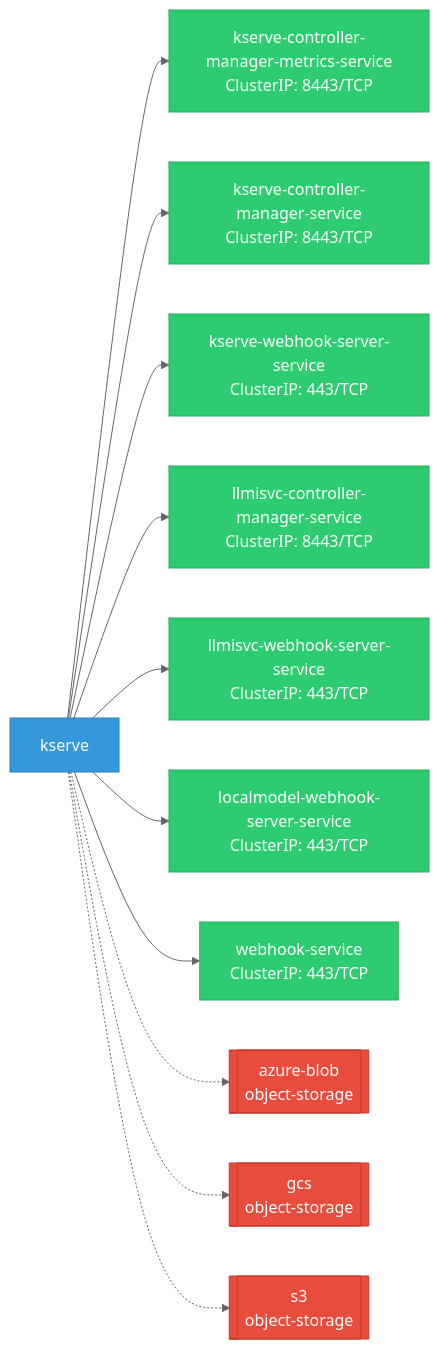
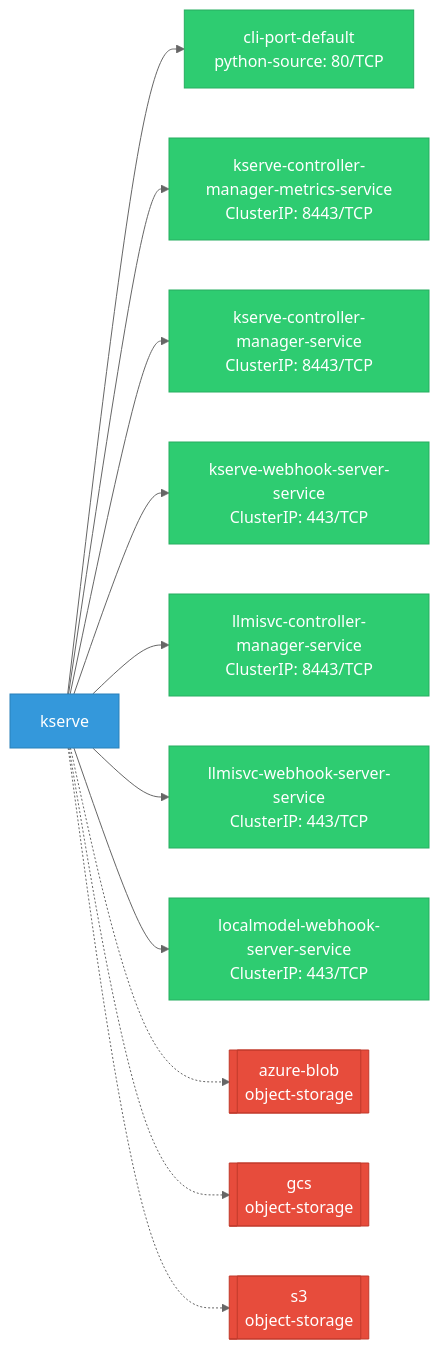
One commit to ugiordan/rhoai-architecture-analyzer changed the first of 2 diagrams in site/docs/use-cases/rhoai-platform/components/kserve/network.md. Above: the diagram before and after it, drawn with Mermaid (neutral theme). The commit also changed other lines of this file and 52 other files, not shown here.

````diff
--- a/site/docs/use-cases/rhoai-platform/components/kserve/network.md
+++ b/site/docs/use-cases/rhoai-platform/components/kserve/network.md
@@ -5,19 +5,19 @@
 ```mermaid
 graph LR
     classDef svc fill:#2ecc71,stroke:#27ae60,color:#fff
     classDef test fill:#95a5a6,stroke:#7f8c8d,color:#fff
     classDef component fill:#3498db,stroke:#2980b9,color:#fff
     classDef ext fill:#e74c3c,stroke:#c0392b,color:#fff
 
     kserve["kserve"]:::component
-    kserve --> svc_0["kserve-controller-manager-metrics-service\nClusterIP: 8443/TCP"]:::svc
-    kserve --> svc_1["kserve-controller-manager-service\nClusterIP: 8443/TCP"]:::svc
-    kserve --> svc_2["kserve-webhook-server-service\nClusterIP: 443/TCP"]:::svc
-    kserve --> svc_3["llmisvc-controller-manager-service\nClusterIP: 8443/TCP"]:::svc
-    kserve --> svc_4["llmisvc-webhook-server-service\nClusterIP: 443/TCP"]:::svc
-    kserve --> svc_5["localmodel-webhook-server-service\nClusterIP: 443/TCP"]:::svc
-    kserve --> svc_6["webhook-service\nClusterIP: 443/TCP"]:::svc
+    kserve --> svc_0["cli-port-default\npython-source: 80/TCP"]:::svc
+    kserve --> svc_1["kserve-controller-manager-metrics-service\nClusterIP: 8443/TCP"]:::svc
+    kserve --> svc_2["kserve-controller-manager-service\nClusterIP: 8443/TCP"]:::svc
+    kserve --> svc_3["kserve-webhook-server-service\nClusterIP: 443/TCP"]:::svc
+    kserve --> svc_4["llmisvc-controller-manager-service\nClusterIP: 8443/TCP"]:::svc
+    kserve --> svc_5["llmisvc-webhook-server-service\nClusterIP: 443/TCP"]:::svc
+    kserve --> svc_6["localmodel-webhook-server-service\nClusterIP: 443/TCP"]:::svc
     kserve -.-> ext_azure_blob[["azure-blob\nobject-storage"]]:::ext
     kserve -.-> ext_gcs[["gcs\nobject-storage"]]:::ext
     kserve -.-> ext_s3[["s3\nobject-storage"]]:::ext
 ```
````
